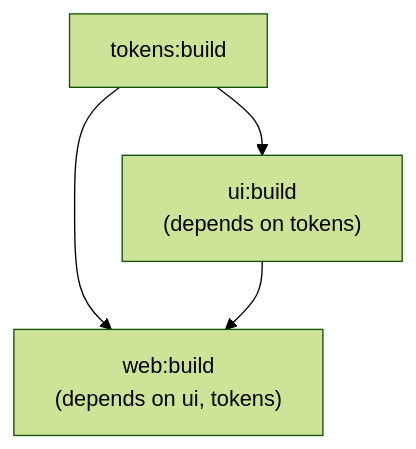
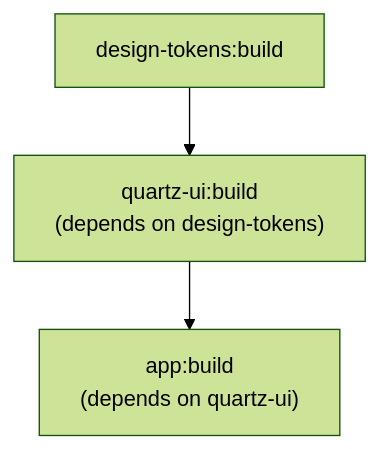
Before and after one commit to thatguycodes/nx-enterprise: the third of 4 diagrams in docs/ARCHITECTURE.md, drawn with Mermaid (forest theme). The commit also changed other lines of this file and 40 other files, not shown here.

````diff
--- a/docs/ARCHITECTURE.md
+++ b/docs/ARCHITECTURE.md
@@ -586,10 +582,9 @@
 ```mermaid
 graph TD
-    tokens["tokens:build"]
-    ui["ui:build<br/>(depends on tokens)"]
-    web["web:build<br/>(depends on ui, tokens)"]
+    tokens["design-tokens:build"]
+    ui["quartz-ui:build<br/>(depends on design-tokens)"]
+    app["app:build<br/>(depends on quartz-ui)"]
 
     tokens --> ui
-    tokens --> web
-    ui --> web
+    ui --> app
 ```
````
